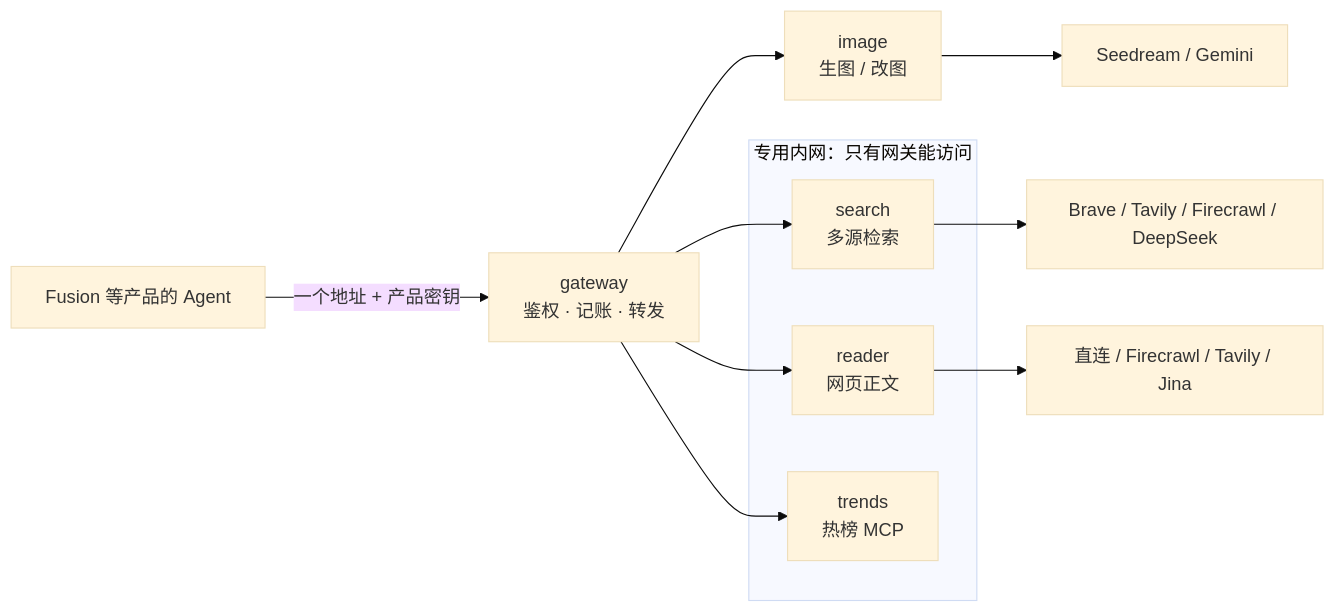
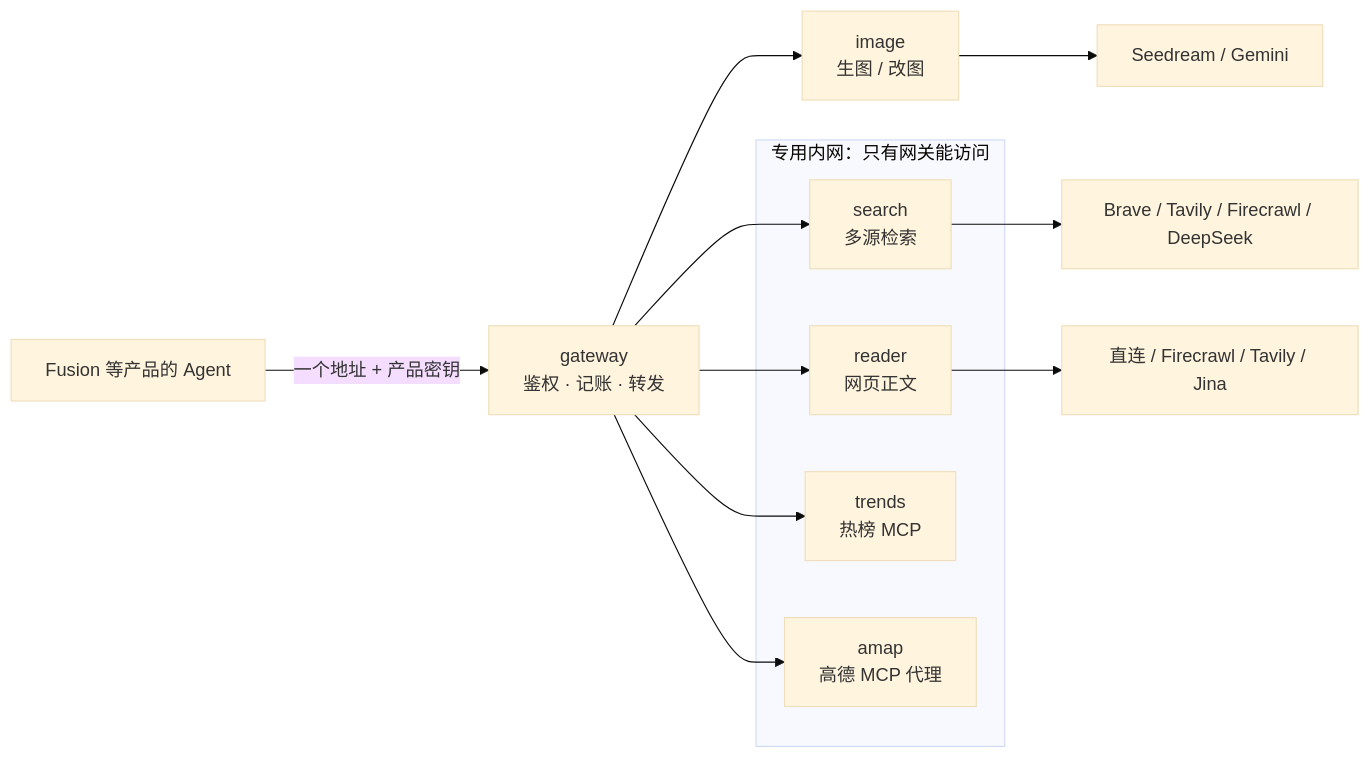
One commit to HyxiaoGe/agent-tools changed the diagram in README.md. Above: the diagram before and after it, drawn with Mermaid (base theme). The commit also changed other lines of this file and 26 other files, not shown here.

First line of the commit message:
feat: 新增高德 MCP 代理服务，经网关 /amap/mcp 访问

````diff
--- a/README.md
+++ b/README.md
@@ -5,16 +5,18 @@
 ```mermaid
 flowchart LR
     P["Fusion 等产品的 Agent"] -->|"一个地址 + 产品密钥"| G["gateway<br/>鉴权 · 记账 · 转发"]
     G --> I["image<br/>生图 / 改图"]
     subgraph internal["专用内网：只有网关能访问"]
         S["search<br/>多源检索"]
         R["reader<br/>网页正文"]
         T["trends<br/>热榜 MCP"]
+        A["amap<br/>高德 MCP 代理"]
     end
     G --> S
     G --> R
     G --> T
+    G --> A
     I --> IP["Seedream / Gemini"]
     S --> SP["Brave / Tavily / Firecrawl / DeepSeek"]
     R --> RP["直连 / Firecrawl / Tavily / Jina"]
 ```
````
